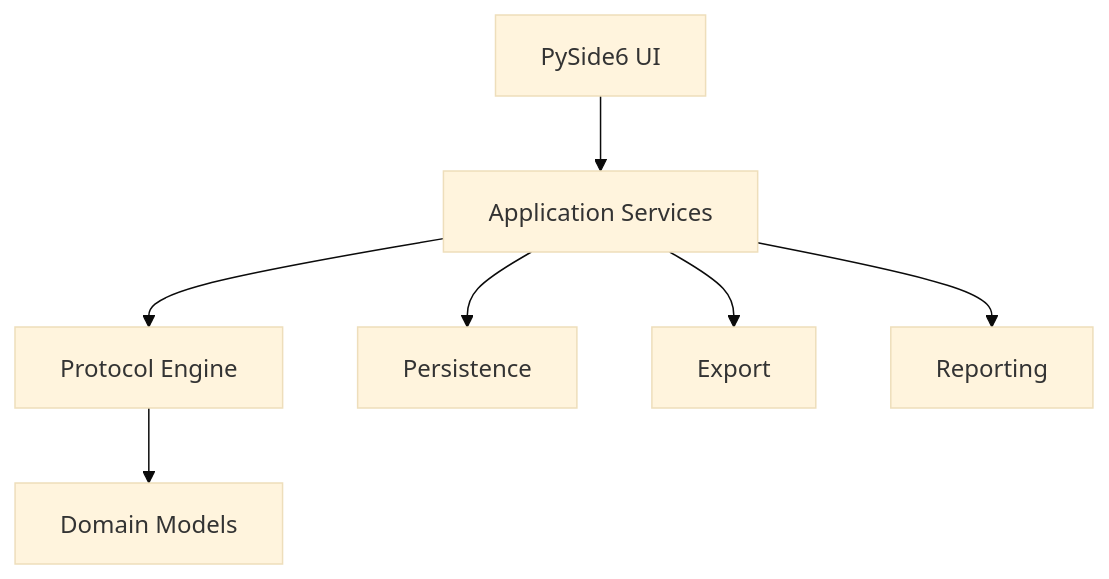
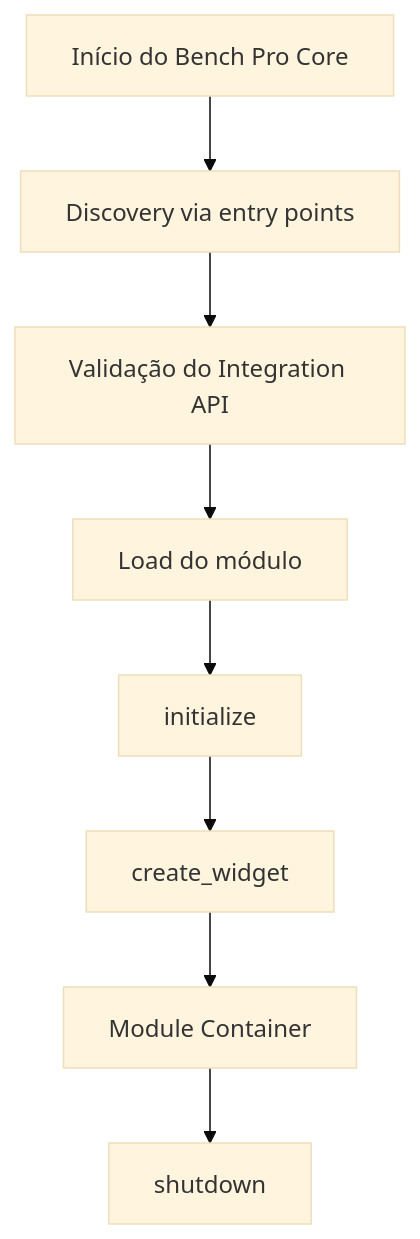
One commit to leosgarcia/benchpro-core changed the diagram in docs/ARCHITECTURE.md. Above: the diagram before and after it, drawn with Mermaid (base theme). The commit also changed other lines of this file and 23 other files, not shown here.

Commit message:
Document Bench Pro Core in Portuguese

````diff
--- a/docs/ARCHITECTURE.md
+++ b/docs/ARCHITECTURE.md
@@ -100,9 +59,10 @@
 ```mermaid
 flowchart TD
-    UI[PySide6 UI] --> App[Application Services]
-    App --> Engine[Protocol Engine]
-    Engine --> Domain[Domain Models]
-    App --> Persistence[Persistence]
-    App --> Export[Export]
-    App --> Reporting[Reporting]
+    A[Início do Bench Pro Core] --> B[Discovery via entry points]
+    B --> C[Validação do Integration API]
+    C --> D[Load do módulo]
+    D --> E[initialize]
+    E --> F[create_widget]
+    F --> G[Module Container]
+    G --> H[shutdown]
 ```
````
